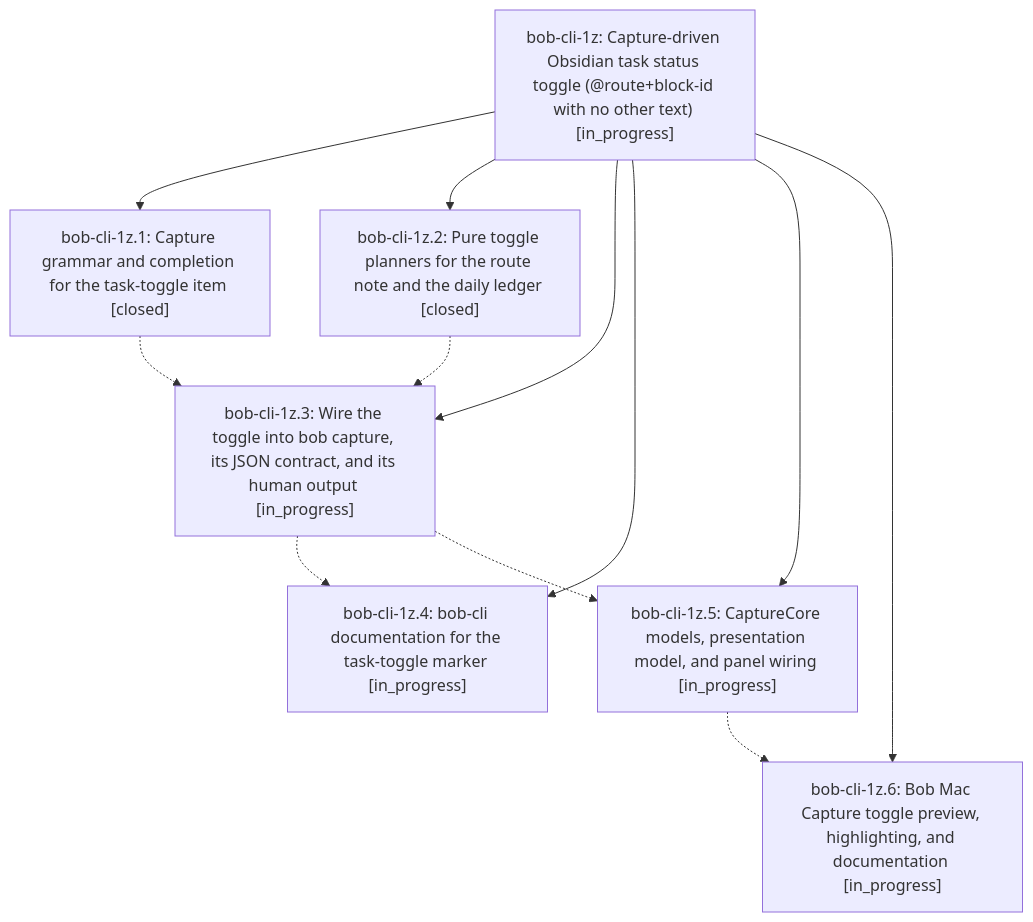
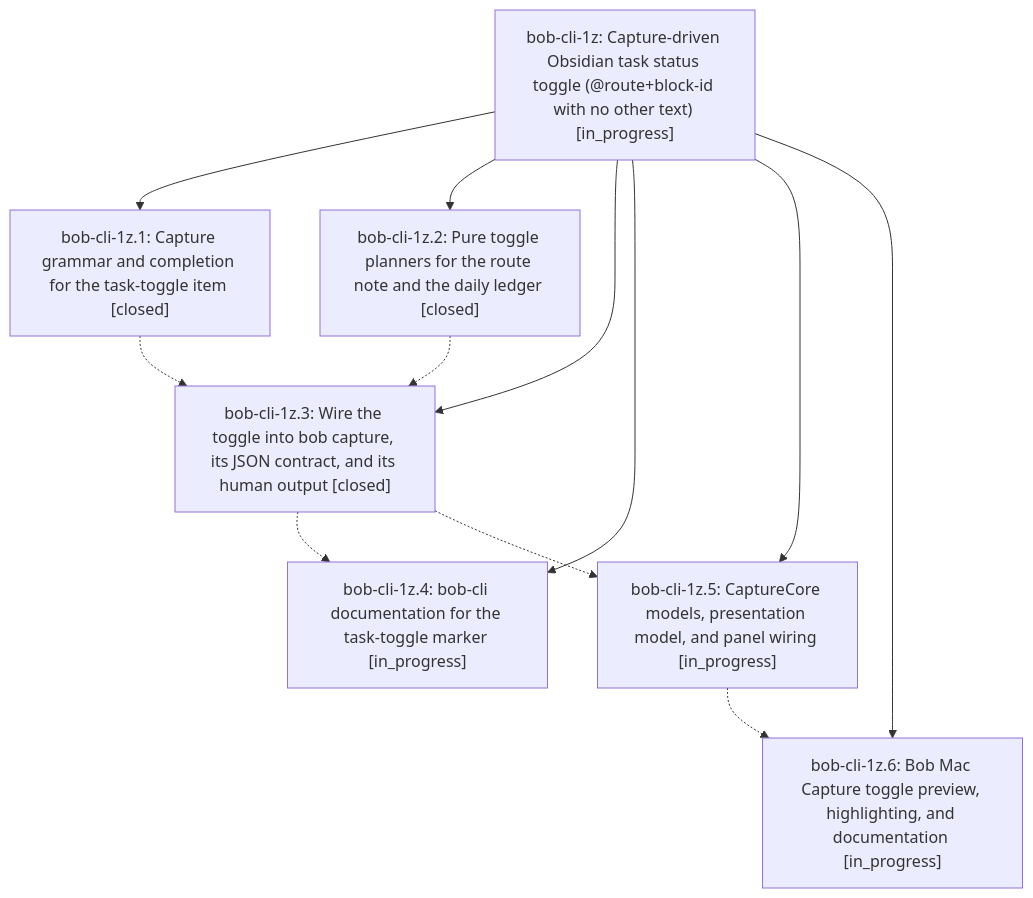
The diagram in pages/bob-cli-1z/README.md (bobs-org/bob-cli--beads), drawn with Mermaid before and after one commit. The commit also changed other lines of this file and 5 other files, not shown here.

First line of the commit message:
chore(beads): sync bead state and pages for bob-cli-1z

````diff
--- a/pages/bob-cli-1z/README.md
+++ b/pages/bob-cli-1z/README.md
@@ -39,21 +39,21 @@
 ```mermaid
 flowchart TD
     n0["bob-cli-1z: Capture-driven Obsidian task status toggle (@route+block-id with no other text) [in_progress]"]
     n1["bob-cli-1z.1: Capture grammar and completion for the task-toggle item [closed]"]
     n2["bob-cli-1z.2: Pure toggle planners for the route note and the daily ledger [closed]"]
-    n3["bob-cli-1z.3: Wire the toggle into bob capture, its JSON contract, and its human output [in_progress]"]
+    n3["bob-cli-1z.3: Wire the toggle into bob capture, its JSON contract, and its human output [closed]"]
     n4["bob-cli-1z.4: bob-cli documentation for the task-toggle marker [in_progress]"]
     n5["bob-cli-1z.5: CaptureCore models, presentation model, and panel wiring [in_progress]"]
     n6["bob-cli-1z.6: Bob Mac Capture toggle preview, highlighting, and documentation [in_progress]"]
     n0 --> n1
     n0 --> n2
     n0 --> n3
     n0 --> n4
     n0 --> n5
     n0 --> n6
     n1 -.-> n3
     n2 -.-> n3
     n3 -.-> n4
     n3 -.-> n5
     n5 -.-> n6
 ```
````
